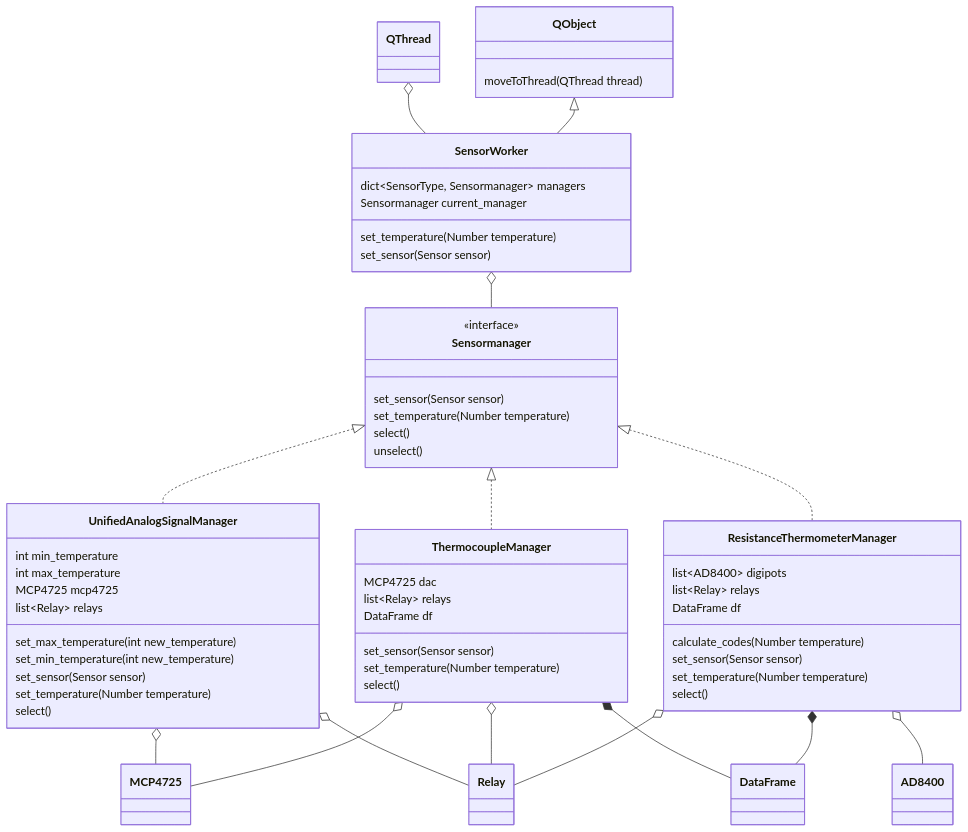
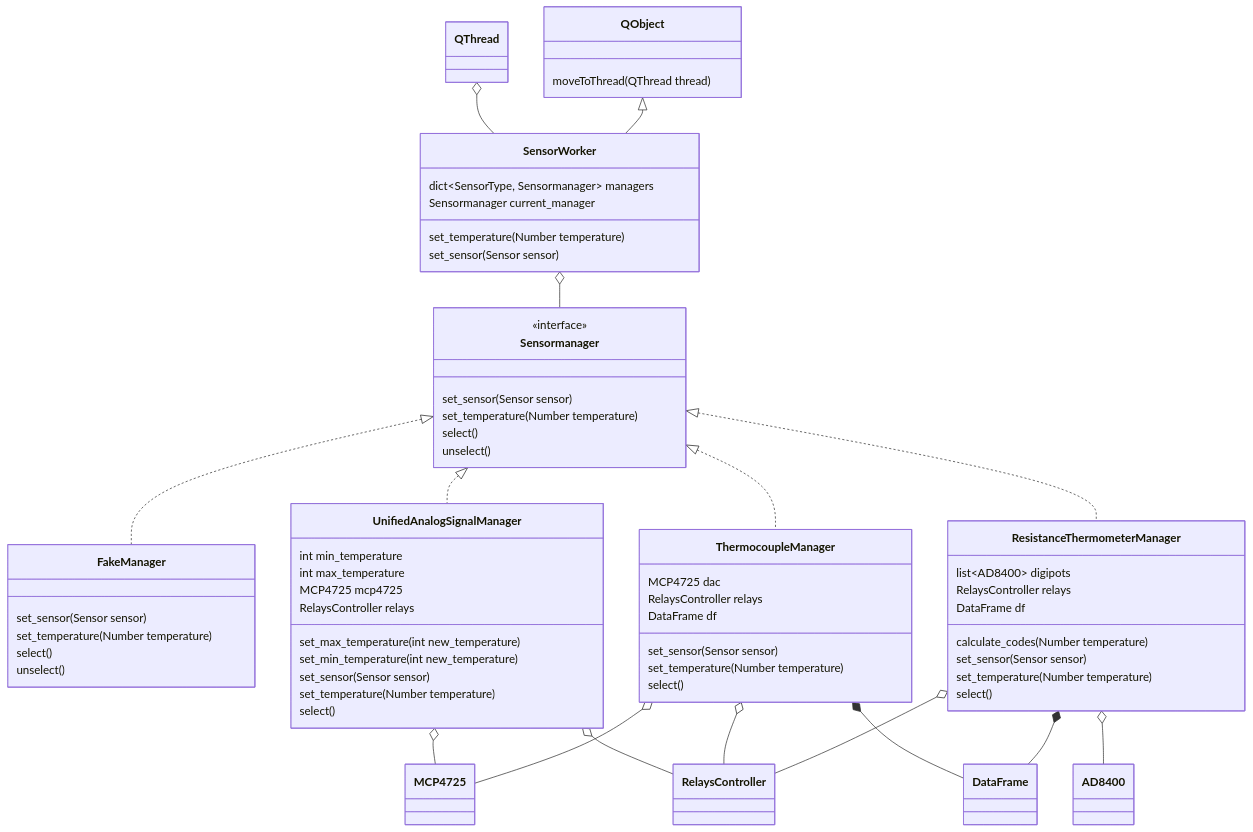
One commit to Marik28/dissertation changed the second of 6 diagrams in data/diagrams/диаграмма классов.md. Above: the diagram before and after it, drawn with Mermaid. The commit also changed other lines of this file and 6 other files, not shown here.

Commit message:
update diagrams

````diff
--- a/data/diagrams/диаграмма классов.md
+++ b/data/diagrams/диаграмма классов.md
@@ -125,67 +137,74 @@
 ```mermaid
 classDiagram
 
     class SensorWorker {
         dict~SensorType, Sensormanager~ managers 
         Sensormanager current_manager 
         set_temperature(Number temperature)
         set_sensor(Sensor sensor)
     }
     
     class QObject {
         moveToThread(QThread thread)
     }
     
     class Sensormanager {
         <<interface>>
         set_sensor(Sensor sensor)
         set_temperature(Number temperature)
         select()
         unselect()   
     }
+    class FakeManager {
+        set_sensor(Sensor sensor)
+        set_temperature(Number temperature)
+        select()
+        unselect()           
+    }
     
     class UnifiedAnalogSignalManager {
         int min_temperature 
         int max_temperature
         MCP4725 mcp4725 
-        list~Relay~ relays
+        RelaysController relays
         set_max_temperature(int new_temperature)
         set_min_temperature(int new_temperature)
         set_sensor(Sensor sensor)
         set_temperature(Number temperature)
         select()
     }
     
     class ResistanceThermometerManager {
         list~AD8400~ digipots
-        list~Relay~ relays
+        RelaysController relays
         DataFrame df
         calculate_codes(Number temperature)
         set_sensor(Sensor sensor)
         set_temperature(Number temperature)
         select()
     }
     class ThermocoupleManager {
         MCP4725 dac
-        list~Relay~ relays
+        RelaysController relays
         DataFrame df
         set_sensor(Sensor sensor)
         set_temperature(Number temperature)
         select()
     }
   
     QObject <|-- SensorWorker
     QThread o-- SensorWorker
     SensorWorker o-- Sensormanager
     Sensormanager <|.. UnifiedAnalogSignalManager
     Sensormanager <|.. ResistanceThermometerManager
     Sensormanager <|.. ThermocoupleManager
-    ResistanceThermometerManager o-- Relay
+    Sensormanager <|.. FakeManager
+    ResistanceThermometerManager o-- RelaysController
     ResistanceThermometerManager *-- DataFrame
     ThermocoupleManager *-- DataFrame
     ThermocoupleManager o-- MCP4725
-    ThermocoupleManager o-- Relay
+    ThermocoupleManager o-- RelaysController
     UnifiedAnalogSignalManager o-- MCP4725
-    UnifiedAnalogSignalManager o-- Relay
+    UnifiedAnalogSignalManager o-- RelaysController
     ResistanceThermometerManager o-- AD8400
 ```
````
